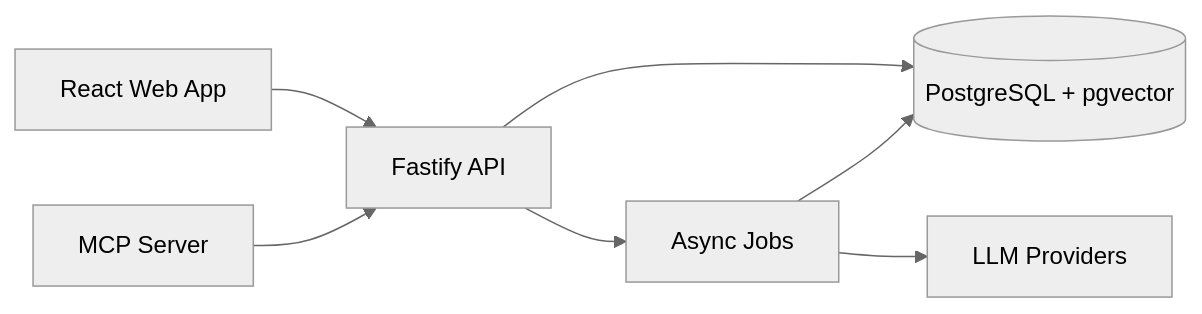
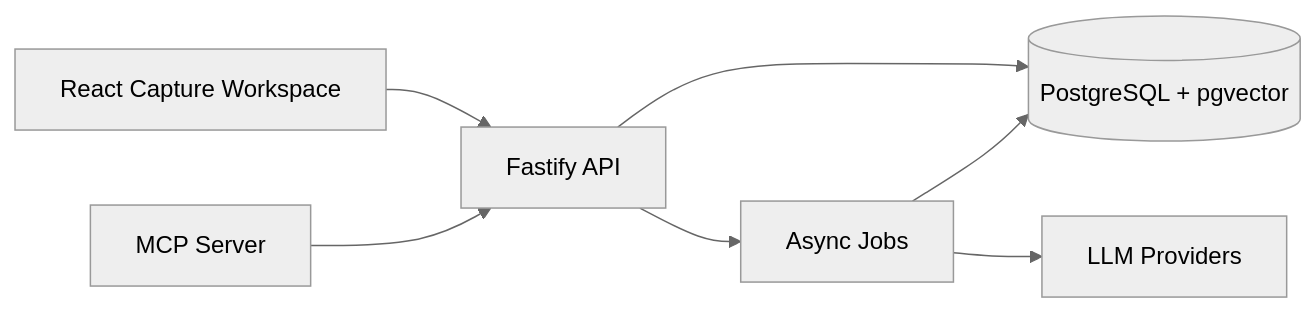
One commit to jessejusoli/ideahub changed the diagram in docs/architecture.md. Above: the diagram before and after it, drawn with Mermaid (neutral theme). The commit also changed other lines of this file and 15 other files, not shown here.

Commit message:
Implement capture workspace and living docs

````diff
--- a/docs/architecture.md
+++ b/docs/architecture.md
@@ -7,9 +7,9 @@
 ```mermaid
 flowchart LR
-  Web[React Web App] --> API[Fastify API]
+  Web[React Capture Workspace] --> API[Fastify API]
   MCP[MCP Server] --> API
   API --> DB[(PostgreSQL + pgvector)]
   API --> Jobs[Async Jobs]
   Jobs --> LLM[LLM Providers]
   Jobs --> DB
 ```
````
